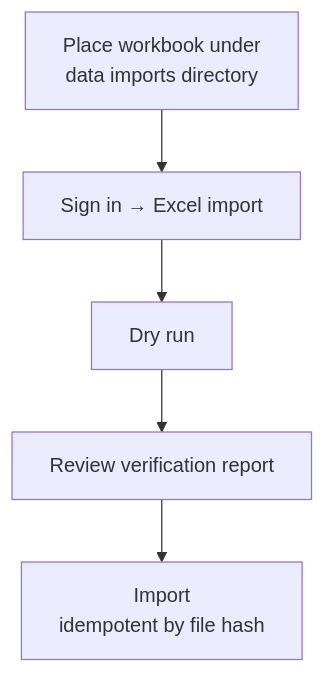
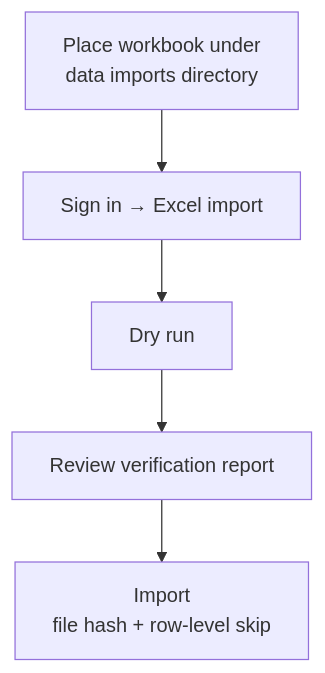
Before and after one commit to didac-crst/body-history: the first of 2 diagrams in docs/operations.md, drawn with Mermaid. The commit also changed other lines of this file and 9 other files, not shown here.

````diff
--- a/docs/operations.md
+++ b/docs/operations.md
@@ -100,7 +100,7 @@
 ```mermaid
 flowchart TD
   place["Place workbook under<br/>data imports directory"] --> ui["Sign in → Excel import"]
   ui --> dry["Dry run"]
   dry --> review["Review verification report"]
-  review --> import["Import<br/>idempotent by file hash"]
+  review --> import["Import<br/>file hash + row-level skip"]
 ```
````
